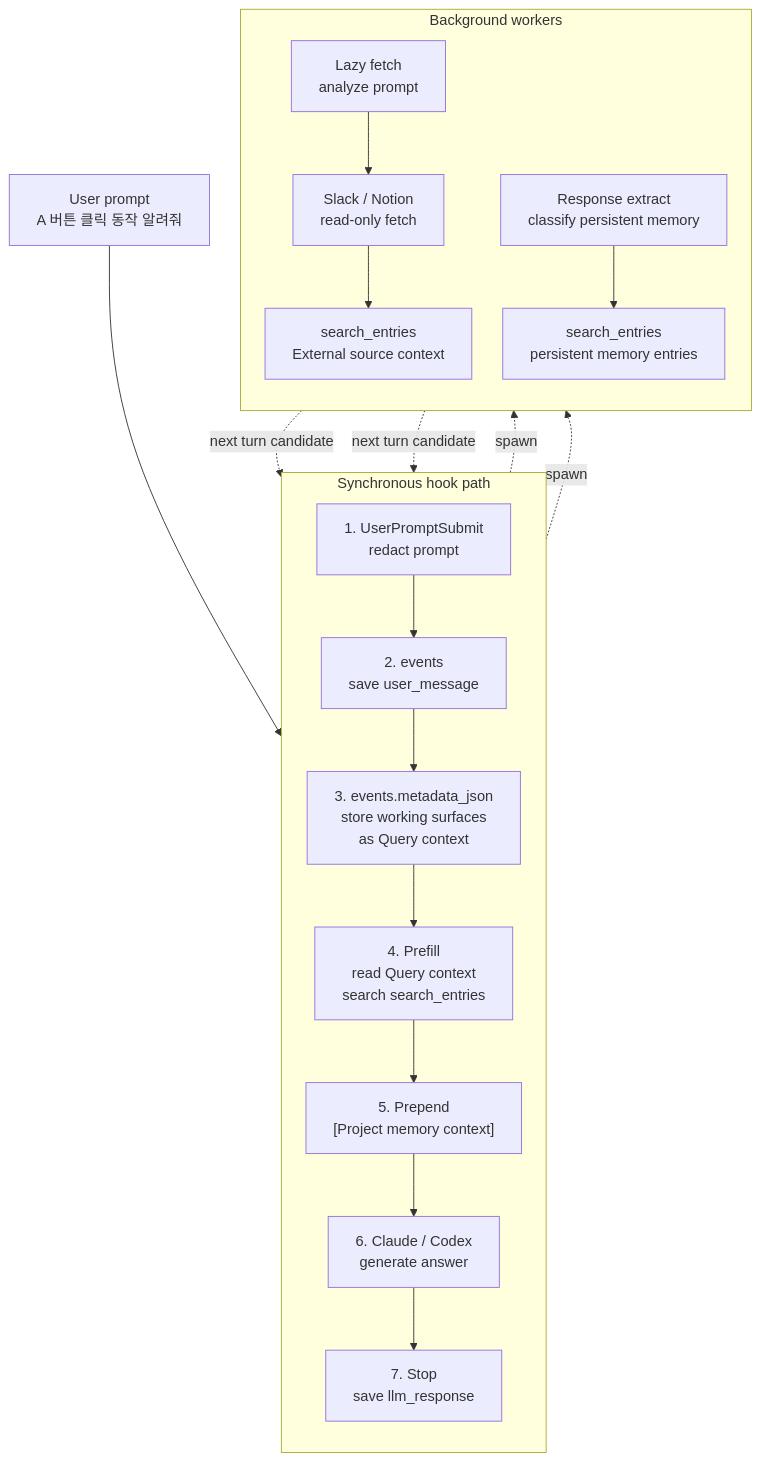
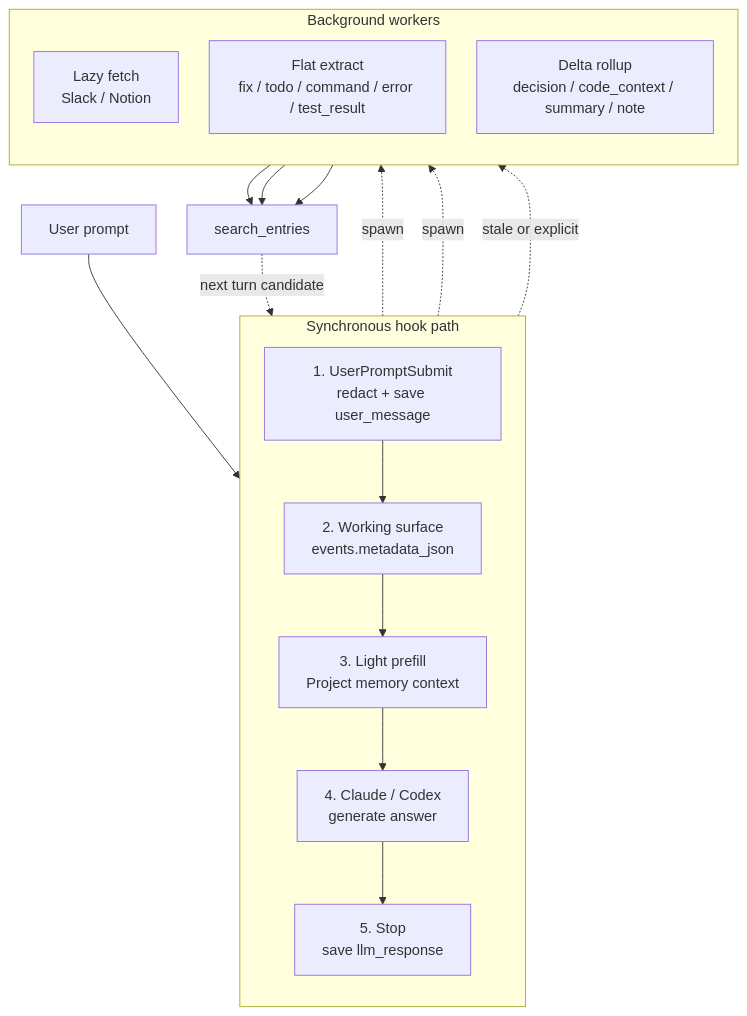
The first of 3 diagrams in Document/flow.md (taeuk178/MultiAgentCLI), drawn with Mermaid before and after one commit. The commit also changed other lines of this file and 5 other files, not shown here.

First line of the commit message:
flow 문서 구조 정리

````diff
--- a/Document/flow.md
+++ b/Document/flow.md
@@ -570,31 +19,30 @@
 ```mermaid
 %%{init: {'flowchart': {'useMaxWidth': true, 'rankSpacing': 44, 'nodeSpacing': 34}, 'theme': 'default'}}%%
 flowchart TB
-    U["User prompt<br/>A 버튼 클릭 동작 알려줘"]
+    U["User prompt"]
 
     subgraph SYNC["Synchronous hook path"]
       direction TB
-      UPS["1. UserPromptSubmit<br/>redact prompt"]
-      EV["2. events<br/>save user_message"]
-      RAW["3. events.metadata_json<br/>store working surfaces<br/>as Query context"]
-      PF["4. Prefill<br/>read Query context<br/>search search_entries"]
-      PRE["5. Prepend<br/>[Project memory context]"]
-      MODEL["6. Claude / Codex<br/>generate answer"]
-      STOP["7. Stop<br/>save llm_response"]
+      UPS["1. UserPromptSubmit<br/>redact + save user_message"]
+      SURF["2. Working surface<br/>events.metadata_json"]
+      PREFILL["3. Light prefill<br/>Project memory context"]
+      MODEL["4. Claude / Codex<br/>generate answer"]
+      STOP["5. Stop<br/>save llm_response"]
     end
 
     subgraph ASYNC["Background workers"]
       direction TB
-      LF["Lazy fetch<br/>analyze prompt"]
-      SRC["Slack / Notion<br/>read-only fetch"]
-      EXT["search_entries<br/>External source context"]
-      EX["Response extract<br/>classify persistent memory"]
-      PM["search_entries<br/>persistent memory entries"]
+      LF["Lazy fetch<br/>Slack / Notion"]
+      FLAT["Flat extract<br/>fix / todo / command / error / test_result"]
+      ROLL["Delta rollup<br/>decision / code_context / summary / note"]
     end
 
-    U --> UPS --> EV --> RAW --> PF --> PRE --> MODEL --> STOP
-    UPS -. spawn .-> LF --> SRC --> EXT
-    STOP -. spawn .-> EX --> PM
-    EXT -. next turn candidate .-> PF
-    PM -. next turn candidate .-> PF
+    U --> UPS --> SURF --> PREFILL --> MODEL --> STOP
+    UPS -.spawn.-> LF
+    STOP -.spawn.-> FLAT
+    SURF -.stale or explicit.-> ROLL
+    LF --> SE["search_entries"]
+    FLAT --> SE
+    ROLL --> SE
+    SE -.next turn candidate.-> PREFILL
 ```
````
